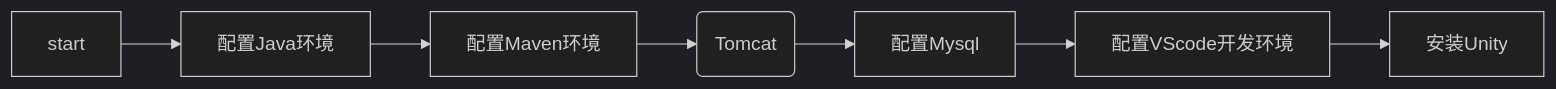
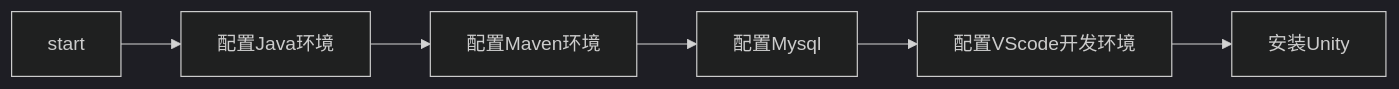
The second of 2 diagrams in README_QuickStart.md (GameFan8888/CrazyCar), drawn with Mermaid (dark theme) before and after one commit. The commit also changed other lines of this file, not shown here.

````diff
--- a/README_QuickStart.md
+++ b/README_QuickStart.md
@@ -77,4 +76,4 @@
   ```mermaid
   graph LR
-  start-->配置Java环境-->配置Maven环境-->配置Web服务器(Tomcat)-->配置Mysql-->配置VScode开发环境-->安装Unity
+  start-->配置Java环境-->配置Maven环境-->配置Mysql-->配置VScode开发环境-->安装Unity
   ```
````
